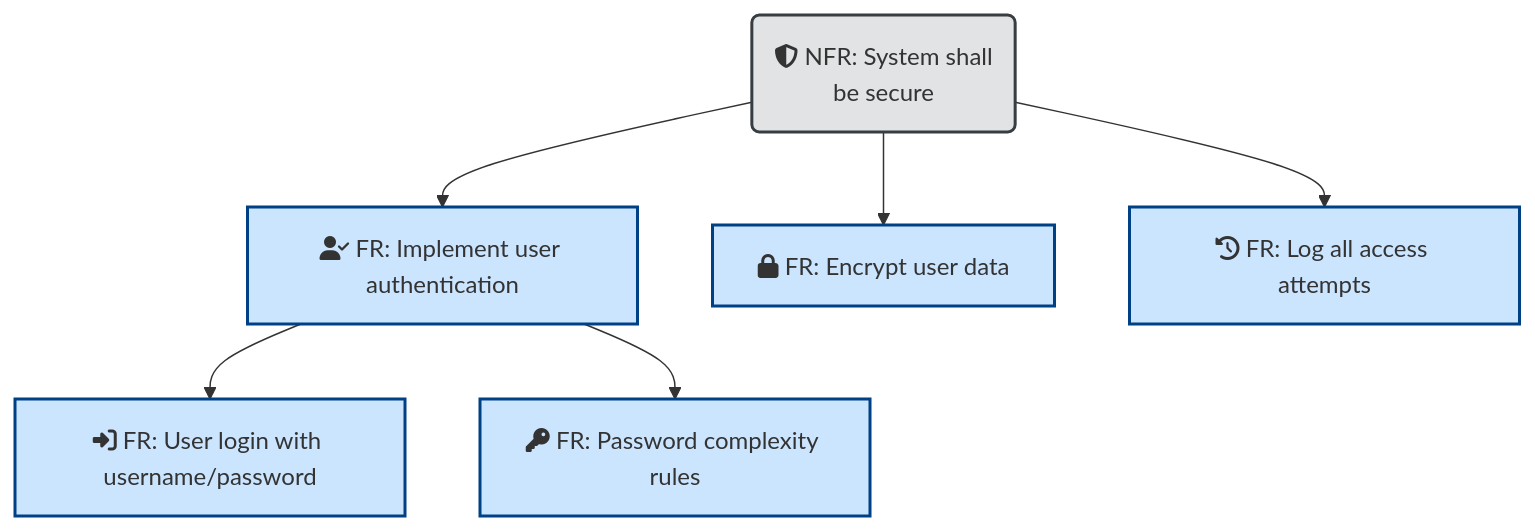
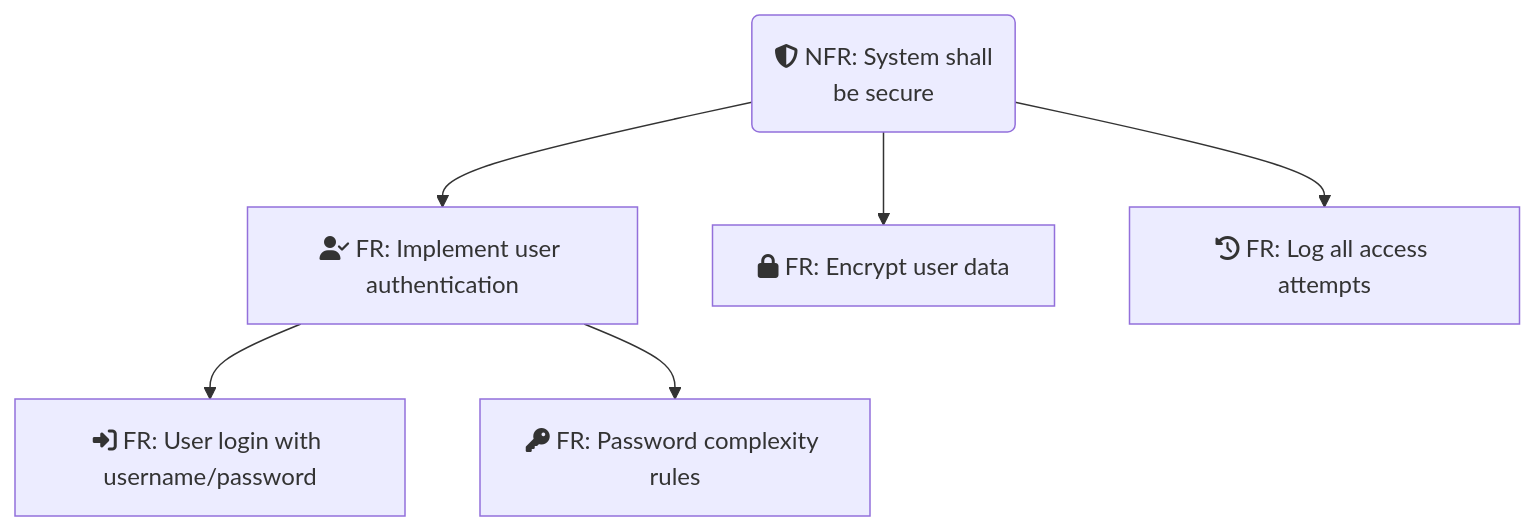
Before and after one commit to sujith-eag/sujith-library: the third of 3 diagrams in docs/mca/se/u11/u11.md, drawn with Mermaid. The commit also changed other lines of this file and 41 other files, not shown here.

First line of the commit message:
Refactor diagrams and remove redundant styles in documentation

````diff
--- a/docs/mca/se/u11/u11.md
+++ b/docs/mca/se/u11/u11.md
@@ -237,12 +235,10 @@
 ```mermaid
 graph TD
-    classDef nfr fill:#e2e3e5,stroke:#383d41,stroke-width:2px;
-    classDef fr fill:#cce5ff,stroke:#004085,stroke-width:2px;
 
     A("fa:fa-shield-alt NFR: System shall<br>be secure"):::nfr --> B[fa:fa-user-check FR: Implement user authentication]:::fr;
     A --> C[fa:fa-lock FR: Encrypt user data]:::fr;
     A --> D[fa:fa-history FR: Log all access attempts]:::fr;
 
     B --> B1[fa:fa-sign-in-alt FR: User login with username/password]:::fr;
     B --> B2[fa:fa-key FR: Password complexity rules]:::fr;
 ```
````
